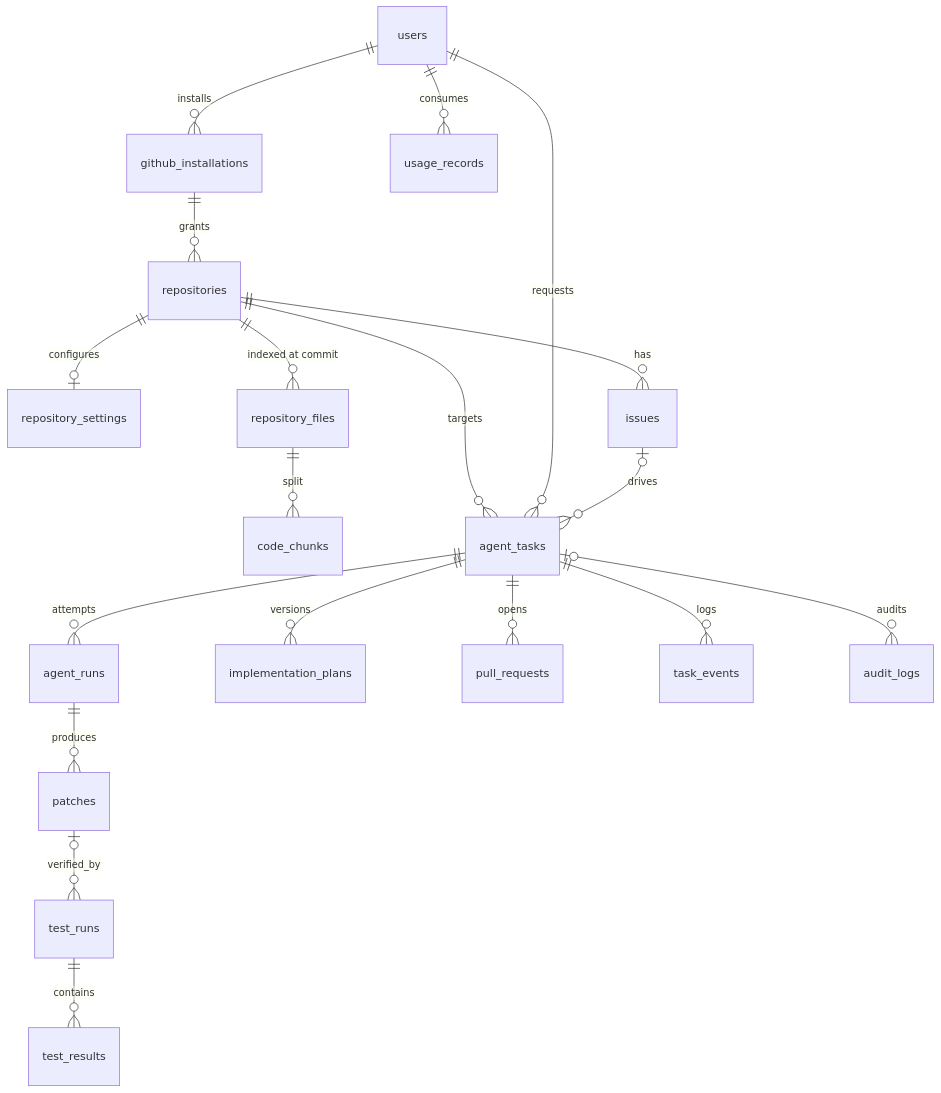
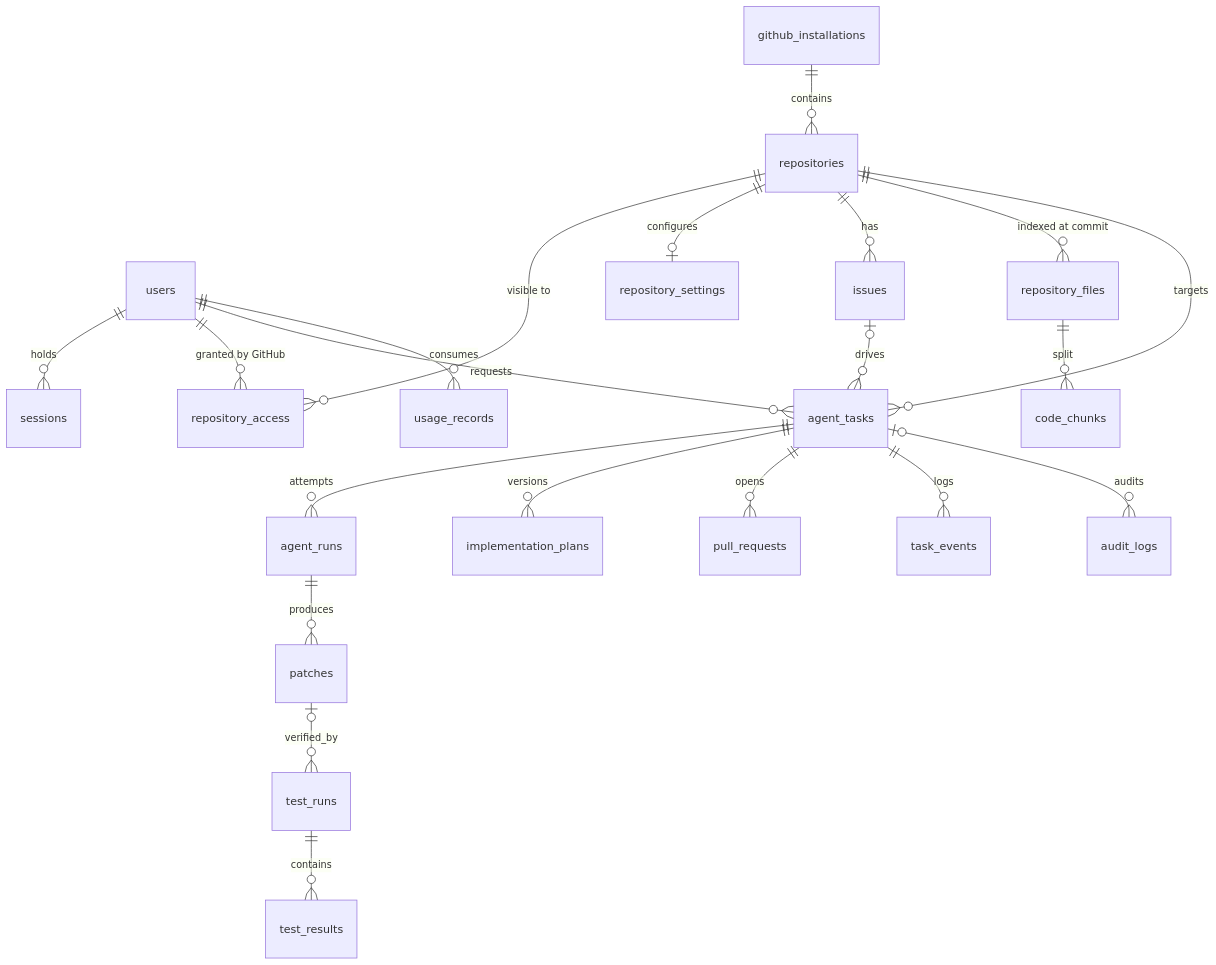
One commit to Abinet16/CodePilot-AI changed the diagram in docs/architecture/data-model.md. Above: the diagram before and after it, drawn with Mermaid. The commit also changed other lines of this file and 2 other files, not shown here.

Commit message:
docs: update data model, threat model, and README for week 2

````diff
--- a/docs/architecture/data-model.md
+++ b/docs/architecture/data-model.md
@@ -5,21 +5,23 @@
 ```mermaid
 erDiagram
-  users ||--o{ github_installations : installs
-  github_installations ||--o{ repositories : grants
+  users ||--o{ sessions : holds
+  github_installations ||--o{ repositories : contains
+  users ||--o{ repository_access : "granted by GitHub"
+  repositories ||--o{ repository_access : "visible to"
   repositories ||--o| repository_settings : configures
   repositories ||--o{ issues : has
   repositories ||--o{ repository_files : "indexed at commit"
   repository_files ||--o{ code_chunks : split
   repositories ||--o{ agent_tasks : targets
   users ||--o{ agent_tasks : requests
   issues |o--o{ agent_tasks : drives
   agent_tasks ||--o{ agent_runs : attempts
   agent_tasks ||--o{ implementation_plans : versions
   agent_runs ||--o{ patches : produces
   patches |o--o{ test_runs : verified_by
   test_runs ||--o{ test_results : contains
   agent_tasks ||--o{ pull_requests : opens
   agent_tasks ||--o{ task_events : logs
   agent_tasks |o--o{ audit_logs : audits
   users ||--o{ usage_records : consumes
 ```
````
